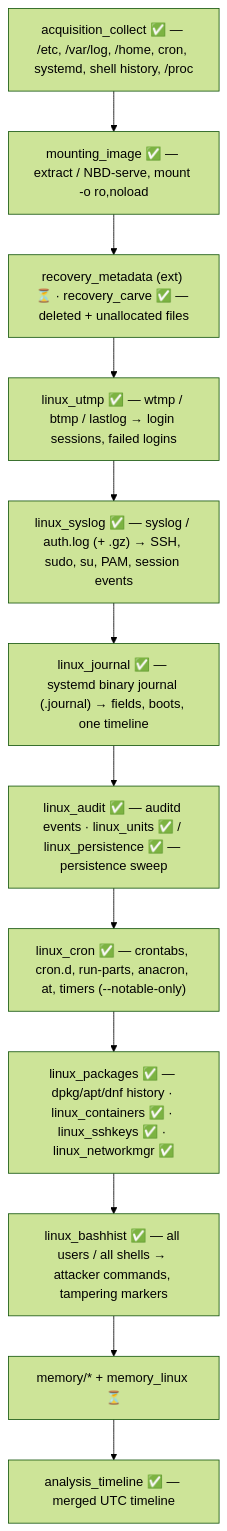
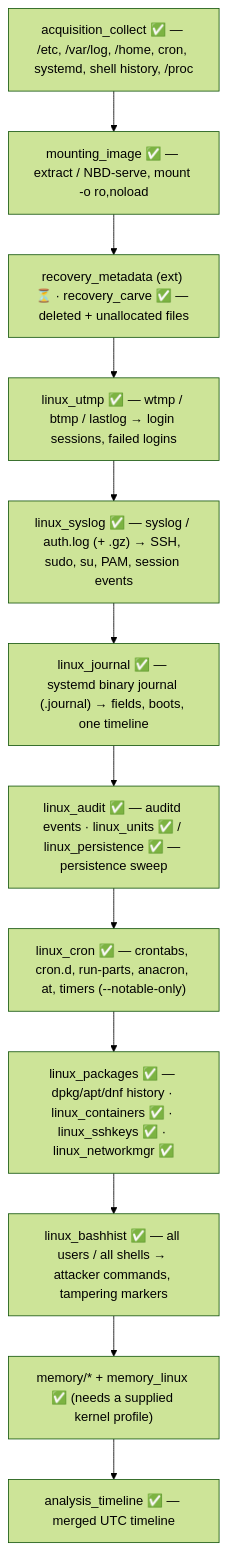
The third of 4 diagrams in README.md (mostafaimam/Forensics-Tools), drawn with Mermaid (forest theme) before and after one commit. The commit also changed other lines of this file, not shown here.

````diff
--- a/README.md
+++ b/README.md
@@ -497,14 +543,14 @@
 ```mermaid
 flowchart TD
     A["acquisition_collect ✅ — /etc, /var/log, /home, cron, systemd, shell history, /proc"] --> B["mounting_image ✅ — extract / NBD-serve, mount -o ro,noload"]
     B --> C["recovery_metadata (ext) ⏳ · recovery_carve ✅ — deleted + unallocated files"]
     C --> D["linux_utmp ✅ — wtmp / btmp / lastlog → login sessions, failed logins"]
     D --> E["linux_syslog ✅ — syslog / auth.log (+ .gz) → SSH, sudo, su, PAM, session events"]
     E --> F["linux_journal ✅ — systemd binary journal (.journal) → fields, boots, one timeline"]
     F --> AU["linux_audit ✅ — auditd events · linux_units ✅ / linux_persistence ✅ — persistence sweep"]
     AU --> G["linux_cron ✅ — crontabs, cron.d, run-parts, anacron, at, timers (--notable-only)"]
     G --> PK["linux_packages ✅ — dpkg/apt/dnf history · linux_containers ✅ · linux_sshkeys ✅ · linux_networkmgr ✅"]
     PK --> H["linux_bashhist ✅ — all users / all shells → attacker commands, tampering markers"]
-    H --> I["memory/* + memory_linux ⏳"]
+    H --> I["memory/* + memory_linux ✅ (needs a supplied kernel profile)"]
     I --> J["analysis_timeline ✅ — merged UTC timeline"]
 ```
````
